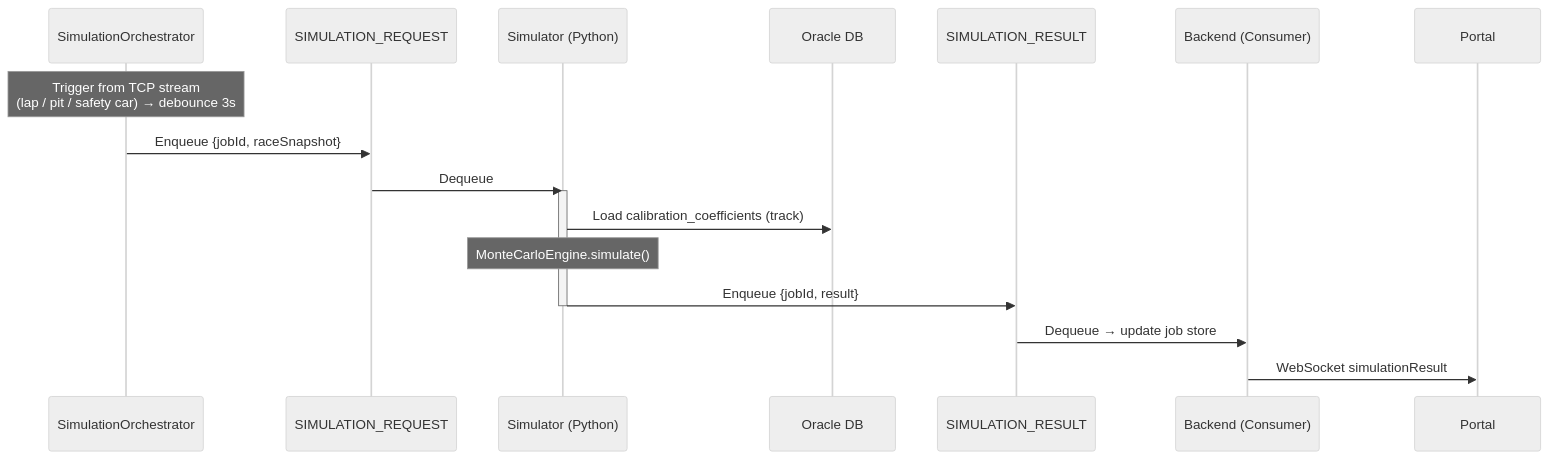
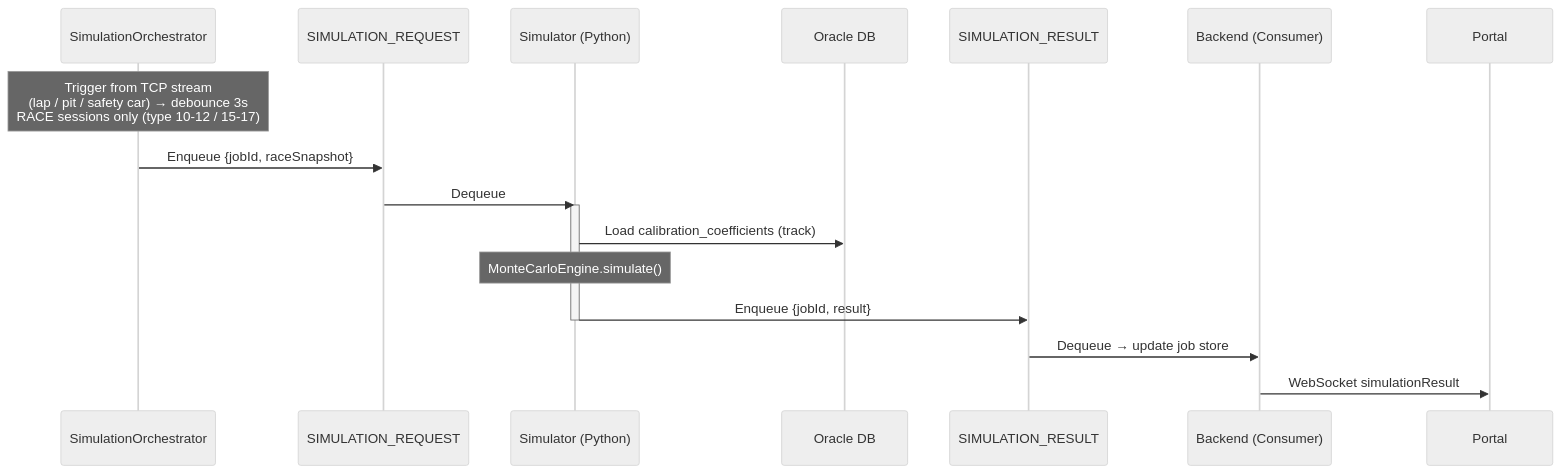
One commit to vmleon/f12025-race-strategy-simulation changed the sixth of 10 diagrams in design/06-INTEGRATION.md. Above: the diagram before and after it, drawn with Mermaid (neutral theme). The commit also changed other lines of this file and 7 other files, not shown here.

````diff
--- a/design/06-INTEGRATION.md
+++ b/design/06-INTEGRATION.md
@@ -213,21 +227,21 @@
 ```mermaid
 sequenceDiagram
     participant Orch as SimulationOrchestrator
     participant Q1 as SIMULATION_REQUEST
     participant Sim as Simulator (Python)
     participant DB as Oracle DB
     participant Q2 as SIMULATION_RESULT
     participant BE as Backend (Consumer)
     participant Portal as Portal
 
-    Note over Orch: Trigger from TCP stream<br/>(lap / pit / safety car) → debounce 3s
+    Note over Orch: Trigger from TCP stream<br/>(lap / pit / safety car) → debounce 3s<br/>RACE sessions only (type 10-12 / 15-17)
     Orch->>Q1: Enqueue {jobId, raceSnapshot}
     Q1->>Sim: Dequeue
     activate Sim
     Sim->>DB: Load calibration_coefficients (track)
     Note over Sim: MonteCarloEngine.simulate()
     Sim->>Q2: Enqueue {jobId, result}
     deactivate Sim
     Q2->>BE: Dequeue → update job store
     BE->>Portal: WebSocket simulationResult
 ```
````
